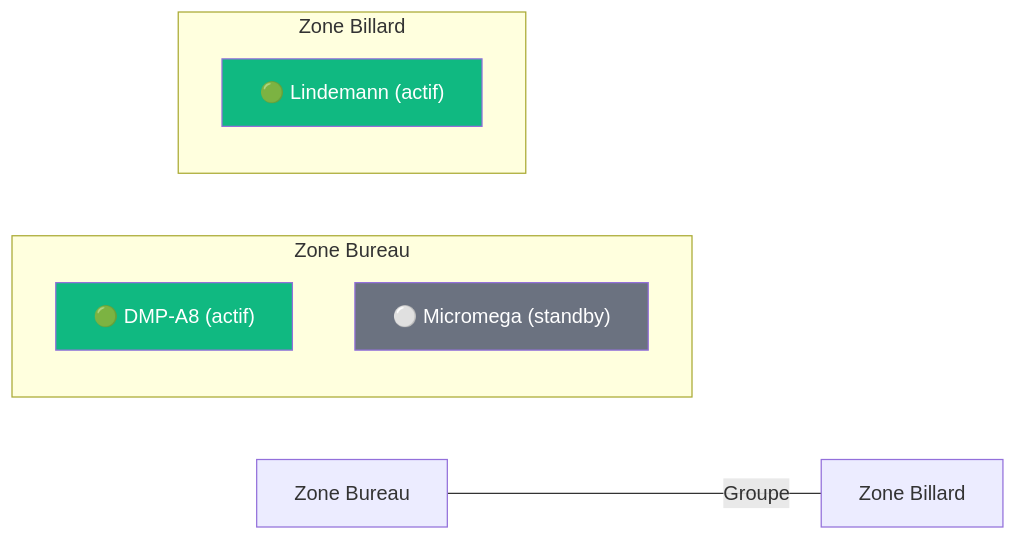
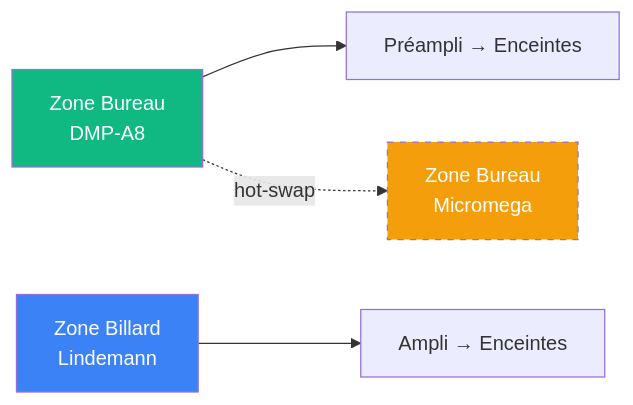
One commit to renesenses/tune-server-linux changed the second of 10 diagrams in docs/ZONE-MANAGER-STUDY.md. Above: the diagram before and after it, drawn with Mermaid. The commit also changed other lines of this file, not shown here.

Commit message:
docs: zone manager — revert to 1:1 device:zone, remove multi-device concept

````diff
--- a/docs/ZONE-MANAGER-STUDY.md
+++ b/docs/ZONE-MANAGER-STUDY.md
@@ -34,19 +34,11 @@
 ```mermaid
 graph LR
-    subgraph Zone Bureau
-        direction TB
-        A1["🟢 DMP-A8 (actif)"]
-        A2["⚪ Micromega (standby)"]
-    end
-
-    subgraph Zone Billard
-        direction TB
-        A3["🟢 Lindemann (actif)"]
-    end
-
-    Zone_Bureau[Zone Bureau] ---|Groupe| Zone_Billard[Zone Billard]
-
-    style A1 fill:#10B981,color:#fff
-    style A2 fill:#6B7280,color:#fff
-    style A3 fill:#10B981,color:#fff
+    Z1[Zone Bureau<br>DMP-A8] --> SPK1[Préampli → Enceintes]
+    Z2[Zone Billard<br>Lindemann] --> SPK2[Ampli → Enceintes]
+    
+    Z1 -.->|"hot-swap"| Z1B["Zone Bureau<br>Micromega"]
+    
+    style Z1 fill:#10B981,color:#fff
+    style Z2 fill:#3B82F6,color:#fff
+    style Z1B fill:#F59E0B,color:#fff,stroke-dasharray: 5 5
 ```
````
